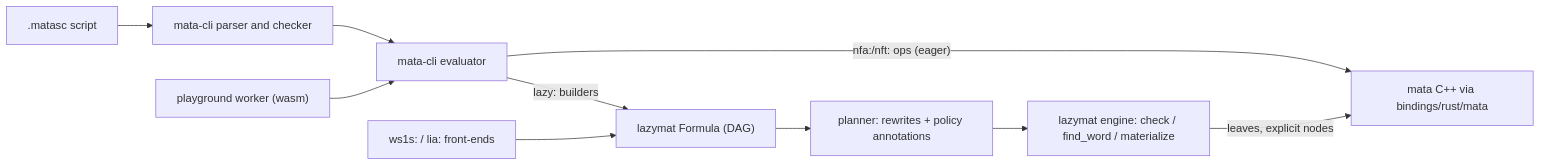
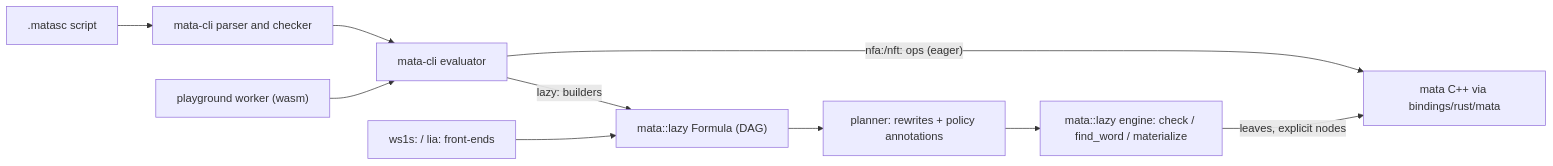
One commit to VeriFIT/mata changed the first of 2 diagrams in docs/design/lazy-operations.md. Above: the diagram before and after it, drawn with Mermaid. The commit also changed other lines of this file, not shown here.

First line of the commit message:
docs: +docs Rename the lazy engine to mata-lazy and settle the length abstraction

````diff
--- a/docs/design/lazy-operations.md
+++ b/docs/design/lazy-operations.md
@@ -45,12 +85,12 @@
 ```mermaid
 flowchart LR
   S[".matasc script"] --> P[mata-cli parser and checker]
   P --> E[mata-cli evaluator]
   E -- "nfa:/nft: ops (eager)" --> M[mata C++ via bindings/rust/mata]
-  E -- "lazy: builders" --> F["lazymat Formula (DAG)"]
+  E -- "lazy: builders" --> F["mata::lazy Formula (DAG)"]
   L["ws1s: / lia: front-ends"] --> F
   F --> PL["planner: rewrites + policy annotations"]
-  PL --> X["lazymat engine: check / find_word / materialize"]
+  PL --> X["mata::lazy engine: check / find_word / materialize"]
   X -- "leaves, explicit nodes" --> M
   W["playground worker (wasm)"] --> E
 ```
````
